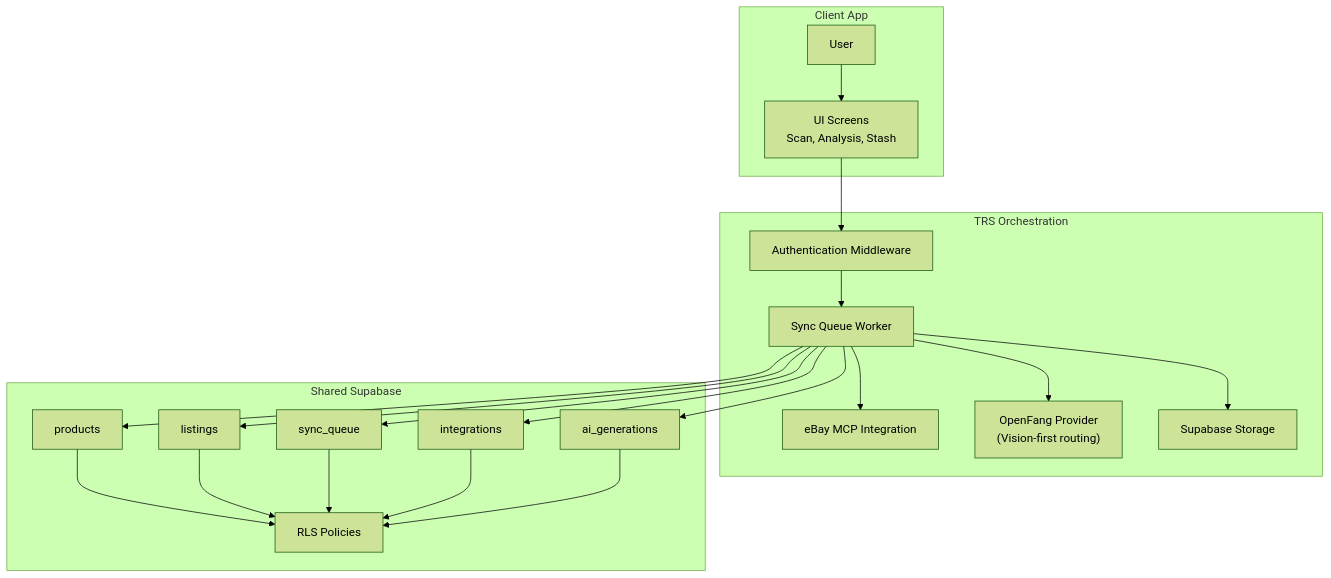
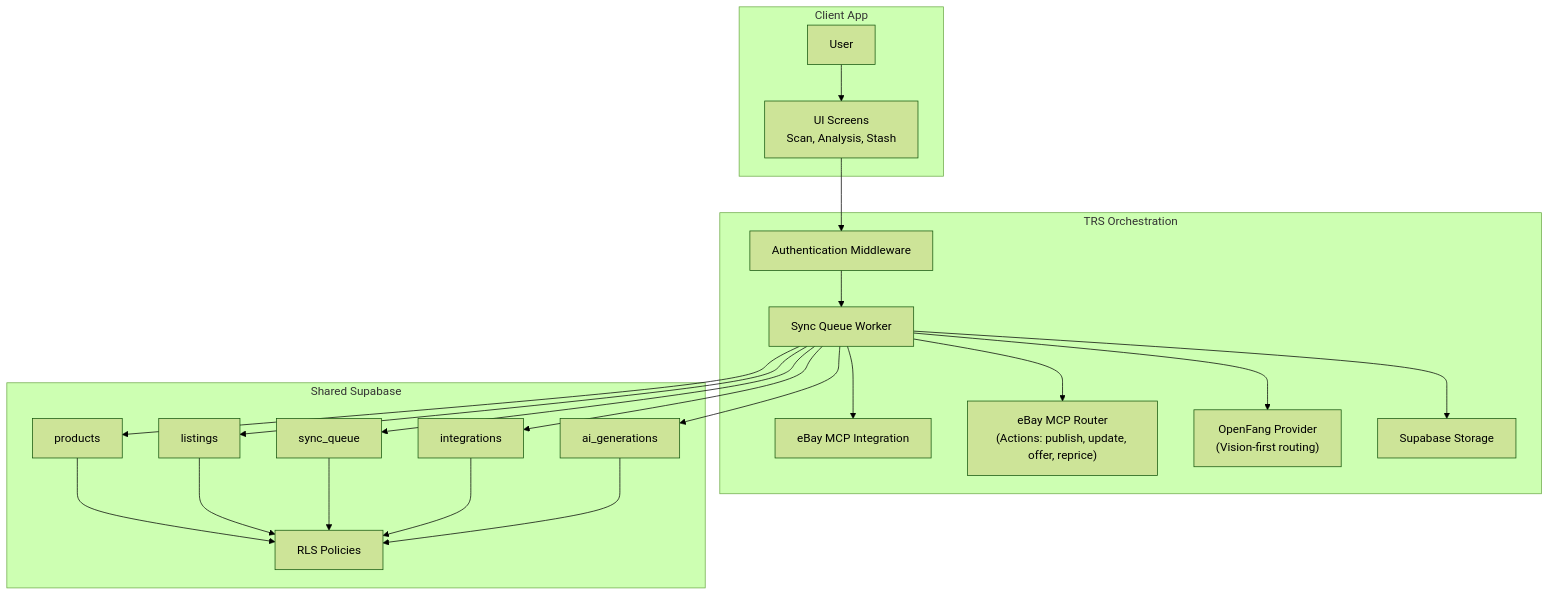
Before and after one commit to hunglevi87/Hidden-Gem: the second of 8 diagrams in .qoder/repowiki/en/content/Architecture Overview/TRS Integration Plan.md, drawn with Mermaid (forest theme). The commit also changed other lines of this file and 14 other files, not shown here.

First line of the commit message:
feat(ai-integration): add OpenFang provider and eBay MCP marketplace automation

````diff
--- a/.qoder/repowiki/en/content/Architecture Overview/TRS Integration Plan.md
+++ b/.qoder/repowiki/en/content/Architecture Overview/TRS Integration Plan.md
@@ -124,38 +129,40 @@
 ```mermaid
 graph TB
 subgraph "Client App"
 User["User"]
 UI["UI Screens<br/>Scan, Analysis, Stash"]
 end
 subgraph "TRS Orchestration"
 Auth["Authentication Middleware"]
 SyncWorker["Sync Queue Worker"]
 eBaySvc["eBay MCP Integration"]
+eBayMCP["eBay MCP Router<br/>(Actions: publish, update, offer, reprice)"]
 OpenFang["OpenFang Provider<br/>(Vision-first routing)"]
 Storage["Supabase Storage"]
 end
 subgraph "Shared Supabase"
 Products["products"]
 Listings["listings"]
 SyncQueue["sync_queue"]
 Integrations["integrations"]
 AIRecords["ai_generations"]
 RLS["RLS Policies"]
 end
 User --> UI
 UI --> Auth
 Auth --> SyncWorker
 SyncWorker --> eBaySvc
+SyncWorker --> eBayMCP
 SyncWorker --> OpenFang
 SyncWorker --> Storage
 SyncWorker --> Products
 SyncWorker --> Listings
 SyncWorker --> SyncQueue
 SyncWorker --> Integrations
 SyncWorker --> AIRecords
 Products --> RLS
 Listings --> RLS
 SyncQueue --> RLS
 Integrations --> RLS
 AIRecords --> RLS
 ```
````
